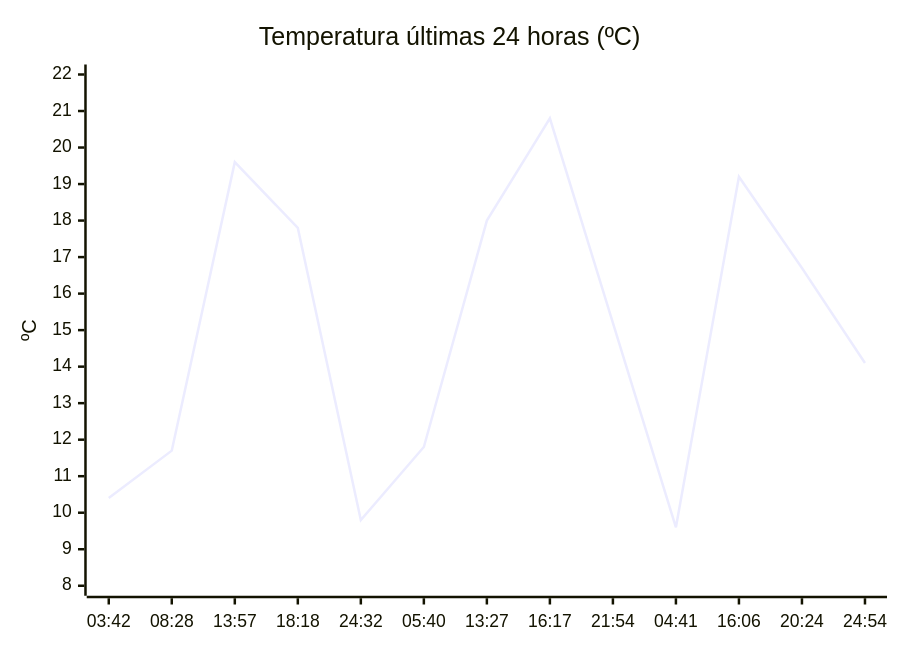
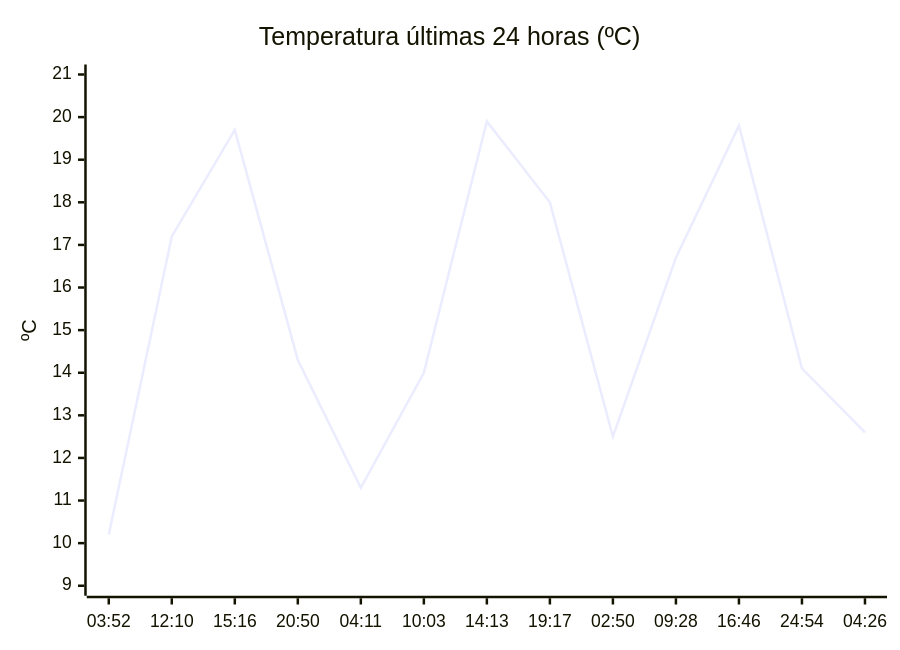
Before and after one commit to solidsnk86/rem-scrap: the diagram in README.md, drawn with Mermaid. The commit also changed other lines of this file, not shown here.

````diff
--- a/README.md
+++ b/README.md
@@ -28,7 +28,7 @@
 ```mermaid
 xychart-beta
     title "Temperatura últimas 24 horas (ºC)"
-    x-axis ["03:42", "08:28", "13:57", "18:18", "24:32", "05:40", "13:27", "16:17", "21:54", "04:41", "16:06", "20:24", "24:54"]
-    y-axis "ºC" 8 --> 22
-    line [10.4, 11.7, 19.6, 17.8, 9.8, 11.8, 18, 20.8, 15.2, 9.6, 19.2, 16.7, 14.1]
+    x-axis ["03:52", "12:10", "15:16", "20:50", "04:11", "10:03", "14:13", "19:17", "02:50", "09:28", "16:46", "24:54", "04:26"]
+    y-axis "ºC" 9 --> 21
+    line [10.2, 17.2, 19.7, 14.3, 11.3, 14, 19.9, 18, 12.5, 16.7, 19.8, 14.1, 12.6]
 ```
````
